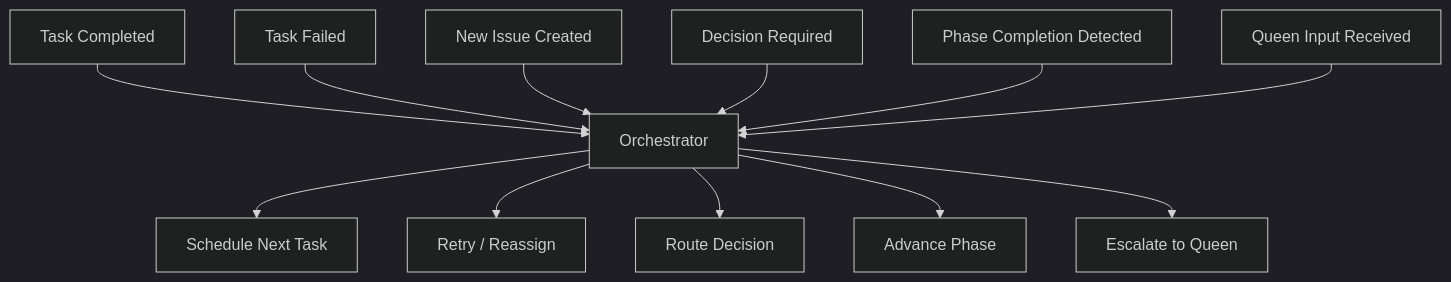
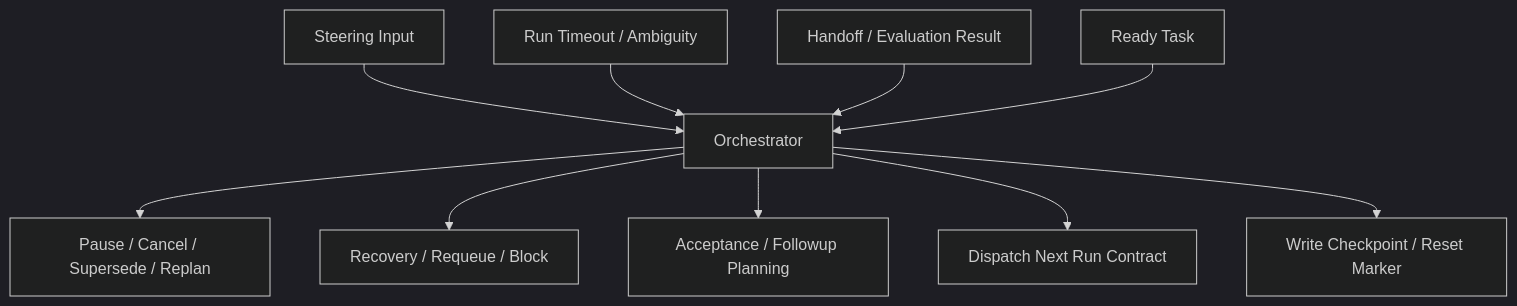
One commit to leeson1/Hive-Design changed the second of 2 diagrams in docs/02-governance/03-Drone-Operating-Model.md. Above: the diagram before and after it, drawn with Mermaid (dark theme). The commit also changed other lines of this file and 31 other files, not shown here.

````diff
--- a/docs/02-governance/03-Drone-Operating-Model.md
+++ b/docs/02-governance/03-Drone-Operating-Model.md
@@ -84,15 +120,13 @@
 ```mermaid
 flowchart TD
-    A["Task Completed"] --> D["Orchestrator"]
-    B["Task Failed"] --> D
-    C["New Issue Created"] --> D
-    E["Decision Required"] --> D
-    F["Phase Completion Detected"] --> D
-    G["Queen Input Received"] --> D
+    A["Steering Input"] --> D["Orchestrator"]
+    B["Run Timeout / Ambiguity"] --> D
+    C["Handoff / Evaluation Result"] --> D
+    E["Ready Task"] --> D
 
-    D --> H["Schedule Next Task"]
-    D --> I["Retry / Reassign"]
-    D --> J["Route Decision"]
-    D --> K["Advance Phase"]
-    D --> L["Escalate to Queen"]
+    D --> F["Pause / Cancel / Supersede / Replan"]
+    D --> G["Recovery / Requeue / Block"]
+    D --> H["Acceptance / Followup Planning"]
+    D --> I["Dispatch Next Run Contract"]
+    D --> J["Write Checkpoint / Reset Marker"]
 ```
````
